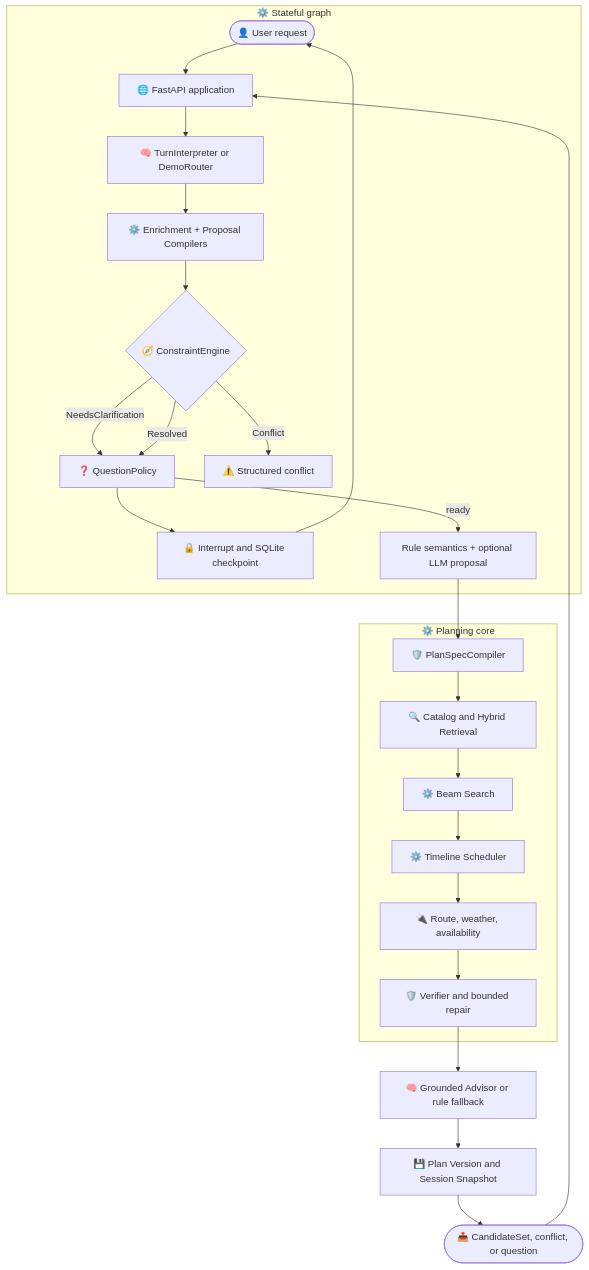
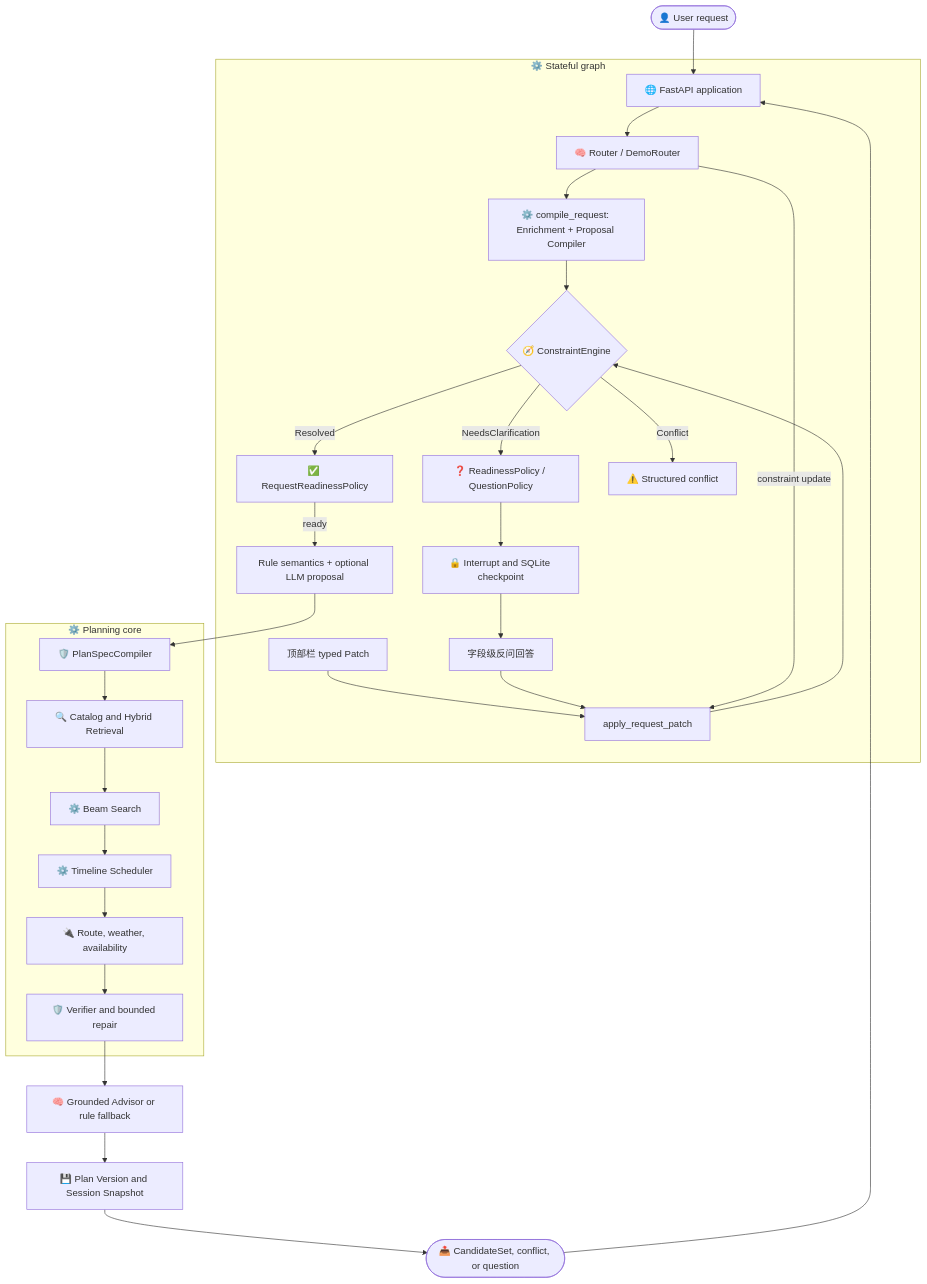
Before and after one commit to Weekend-Agent-Studio/happyFreeTime: the diagram in docs/current/resume_v2_architecture.md, drawn with Mermaid. The commit also changed other lines of this file and 12 other files, not shown here.

````diff
--- a/docs/current/resume_v2_architecture.md
+++ b/docs/current/resume_v2_architecture.md
@@ -32,33 +32,37 @@
 ```mermaid
 flowchart TB
     accTitle: Resume V2 Runtime Architecture
     accDescr: The current implementation separates natural language interpretation, deterministic planning, external fact verification, grounded presentation, and durable session state.
 
     input([👤 User request]) --> api[🌐 FastAPI application]
 
     subgraph graph_control["⚙️ Stateful graph"]
-        api --> turn[🧠 TurnInterpreter or DemoRouter]
-        turn --> compile[⚙️ Enrichment + Proposal Compilers]
+        api --> turn[🧠 Router / DemoRouter]
+        turn --> compile[⚙️ compile_request: Enrichment + Proposal Compiler]
         compile --> engine{🧭 ConstraintEngine}
-        engine -->|NeedsClarification| policy[❓ QuestionPolicy]
+        engine -->|NeedsClarification| policy[❓ ReadinessPolicy / QuestionPolicy]
         policy --> pause[🔒 Interrupt and SQLite checkpoint]
-        pause --> input
-        engine -->|Resolved| policy
-        policy -->|ready| intent[🧠 PlanningIntent adapter]
+        pause --> reply
+        engine -->|Resolved| ready[✅ RequestReadinessPolicy]
+        ready -->|ready| intent[🧠 PlanningIntent projection]
         engine -->|Conflict| conflict[⚠️ Structured conflict]
+        topbar[顶部栏 typed Patch] --> patch[apply_request_patch]
+        reply[字段级反问回答] --> patch
+        turn -->|constraint update| patch
+        patch --> engine
     end
 
     subgraph planning_core["⚙️ Planning core"]
         intent[Rule semantics + optional LLM proposal] --> spec[🛡️ PlanSpecCompiler]
         spec --> retrieve[🔍 Catalog and Hybrid Retrieval]
         retrieve --> search[⚙️ Beam Search]
         search --> schedule[⚙️ Timeline Scheduler]
         schedule --> facts[🔌 Route, weather, availability]
         facts --> verify[🛡️ Verifier and bounded repair]
     end
 
     verify --> advice[🧠 Grounded Advisor or rule fallback]
     advice --> state[💾 Plan Version and Session Snapshot]
     state --> output([📤 CandidateSet, conflict, or question])
     output --> api
 ```
````
